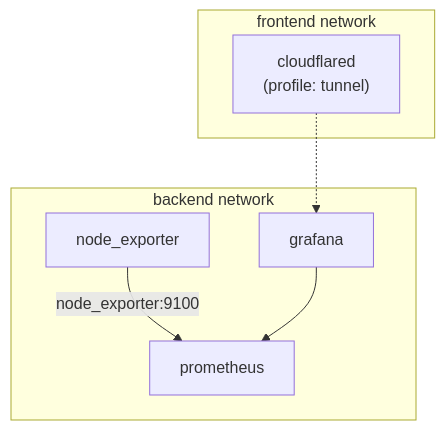
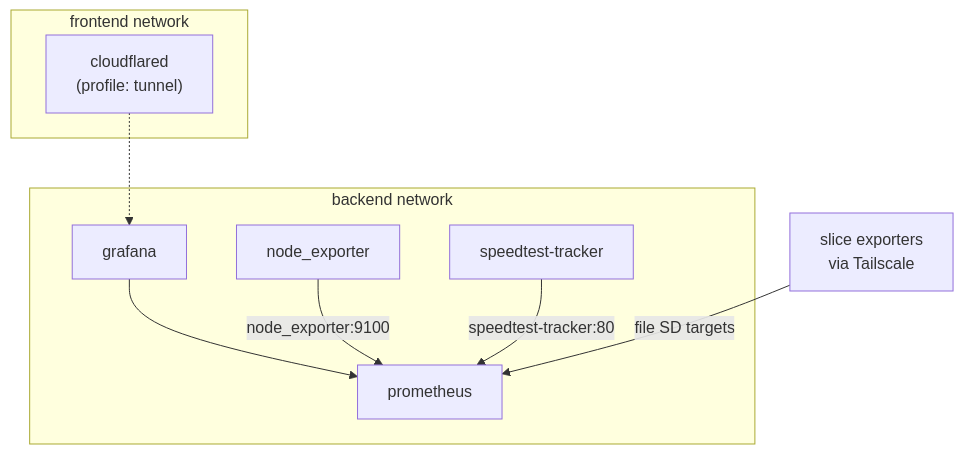
The diagram in docs/developer/architecture.md (picomms/monitoring-nia-pi), drawn with Mermaid before and after one commit. The commit also changed other lines of this file and 37 other files, not shown here.

````diff
--- a/docs/developer/architecture.md
+++ b/docs/developer/architecture.md
@@ -9,15 +10,18 @@
 ```mermaid
 flowchart TB
   subgraph backend [backend network]
     Prometheus[prometheus]
     Grafana[grafana]
     NE[node_exporter]
+    Speedtest[speedtest-tracker]
   end
   subgraph frontend [frontend network]
     Grafana
     CF["cloudflared\n(profile: tunnel)"]
   end
   NE -->|node_exporter:9100| Prometheus
+  Speedtest -->|speedtest-tracker:80| Prometheus
+  Slices["slice exporters\nvia Tailscale"] -->|file SD targets| Prometheus
   Grafana --> Prometheus
   CF -.-> Grafana
 ```
````
